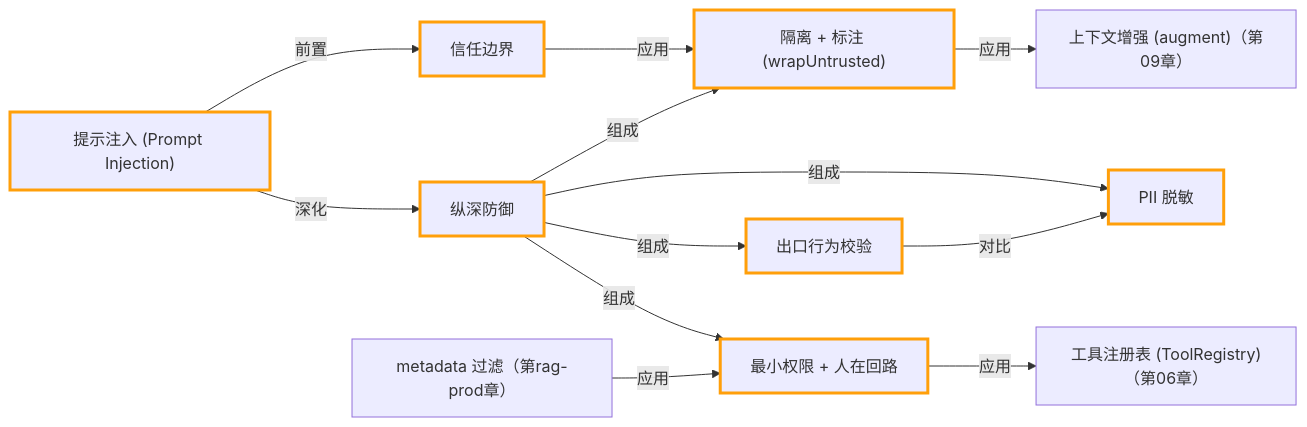
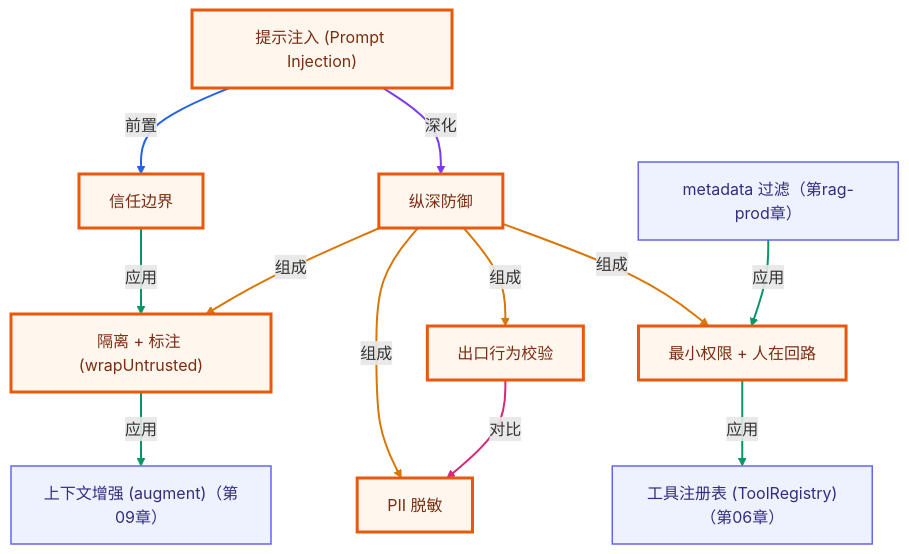
Before and after one commit to songuu/agent: the second of 2 diagrams in lessons/17-safety-and-guardrails/README.md, drawn with Mermaid. The commit also changed other lines of this file and 72 other files, not shown here.

````diff
--- a/lessons/17-safety-and-guardrails/README.md
+++ b/lessons/17-safety-and-guardrails/README.md
@@ -199,31 +201,39 @@
 ```mermaid
-graph LR
+graph TB
+  classDef own fill:#fff7ed,stroke:#ea580c,stroke-width:3px,color:#7c2d12;
+  classDef cross fill:#eef2ff,stroke:#6366f1,stroke-width:1.5px,color:#312e81;
   n_c17_prompt_injection["提示注入 (Prompt Injection)"]
   n_c17_trust_boundary["信任边界"]
   n_c17_isolate_and_label["隔离 + 标注 (wrapUntrusted)"]
   n_c17_defense_in_depth["纵深防御"]
   n_c17_output_validation["出口行为校验"]
   n_c17_pii_redaction["PII 脱敏"]
   n_c17_human_in_the_loop["最小权限 + 人在回路"]
   n_c09_augment_prompt["上下文增强 (augment)（第09章）"]
   n_c06_tool_registry["工具注册表 (ToolRegistry)（第06章）"]
   n_cragprod_metadata_filter["metadata 过滤（第rag-prod章）"]
   n_c17_prompt_injection -->|前置| n_c17_trust_boundary
   n_c17_trust_boundary -->|应用| n_c17_isolate_and_label
   n_c17_defense_in_depth -->|组成| n_c17_isolate_and_label
   n_c17_defense_in_depth -->|组成| n_c17_output_validation
   n_c17_defense_in_depth -->|组成| n_c17_pii_redaction
   n_c17_defense_in_depth -->|组成| n_c17_human_in_the_loop
   n_c17_output_validation -->|对比| n_c17_pii_redaction
   n_c17_prompt_injection -->|深化| n_c17_defense_in_depth
   n_c17_isolate_and_label -->|应用| n_c09_augment_prompt
   n_c17_human_in_the_loop -->|应用| n_c06_tool_registry
   n_cragprod_metadata_filter -->|应用| n_c17_human_in_the_loop
-  style n_c17_prompt_injection stroke:#ff9f0a,stroke-width:3px
-  style n_c17_trust_boundary stroke:#ff9f0a,stroke-width:3px
-  style n_c17_isolate_and_label stroke:#ff9f0a,stroke-width:3px
-  style n_c17_defense_in_depth stroke:#ff9f0a,stroke-width:3px
-  style n_c17_output_validation stroke:#ff9f0a,stroke-width:3px
-  style n_c17_pii_redaction stroke:#ff9f0a,stroke-width:3px
-  style n_c17_human_in_the_loop stroke:#ff9f0a,stroke-width:3px
+  class n_c17_prompt_injection,n_c17_trust_boundary,n_c17_isolate_and_label,n_c17_defense_in_depth,n_c17_output_validation,n_c17_pii_redaction,n_c17_human_in_the_loop own;
+  class n_c09_augment_prompt,n_c06_tool_registry,n_cragprod_metadata_filter cross;
+  linkStyle 0 stroke:#2563eb,stroke-width:2px;
+  linkStyle 1 stroke:#059669,stroke-width:2px;
+  linkStyle 2 stroke:#d97706,stroke-width:2px;
+  linkStyle 3 stroke:#d97706,stroke-width:2px;
+  linkStyle 4 stroke:#d97706,stroke-width:2px;
+  linkStyle 5 stroke:#d97706,stroke-width:2px;
+  linkStyle 6 stroke:#db2777,stroke-width:2px;
+  linkStyle 7 stroke:#7c3aed,stroke-width:2px;
+  linkStyle 8 stroke:#059669,stroke-width:2px;
+  linkStyle 9 stroke:#059669,stroke-width:2px;
+  linkStyle 10 stroke:#059669,stroke-width:2px;
 ```
````
